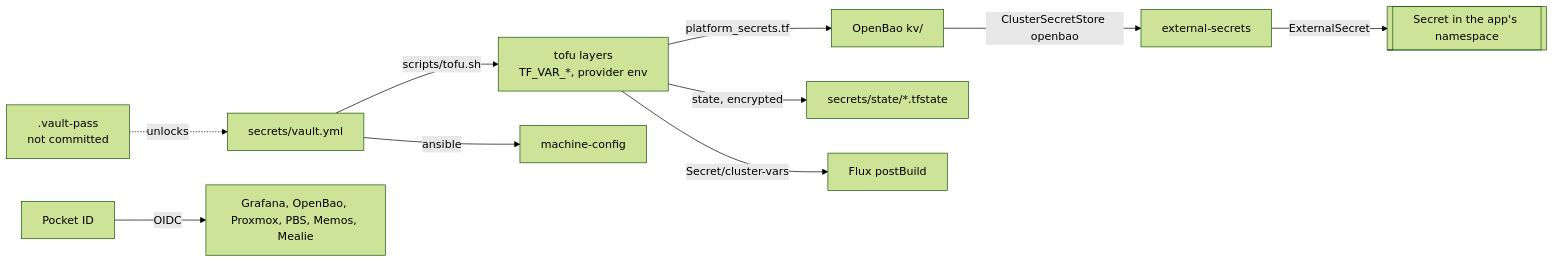
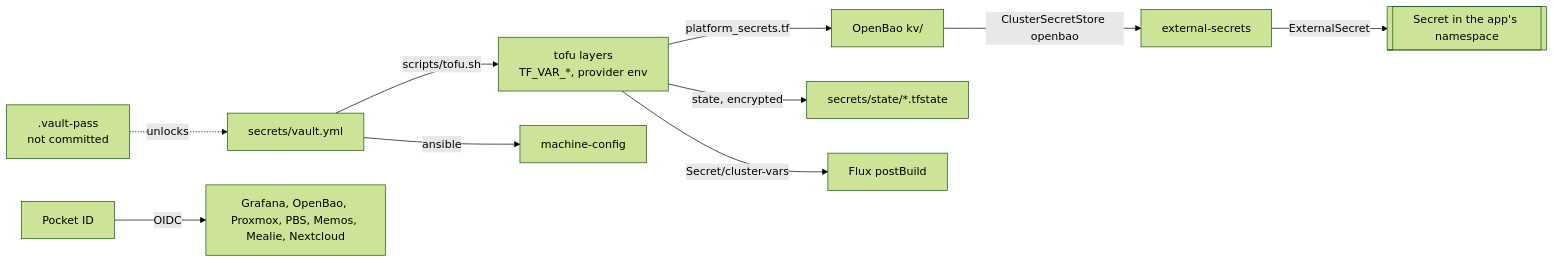
One commit to Sojamann/homelab changed the diagram in docs/src/access.md. Above: the diagram before and after it, drawn with Mermaid (forest theme). The commit also changed other lines of this file and 19 other files, not shown here.

Commit message:
feat(nextcloud): files-only Nextcloud with CNPG postgres and Pocket ID SSO

````diff
--- a/docs/src/access.md
+++ b/docs/src/access.md
@@ -13,12 +13,12 @@
 ```mermaid
 graph LR
   VP[".vault-pass<br/>not committed"] -.->|unlocks| V["secrets/vault.yml"]
   V -->|scripts/tofu.sh| L["tofu layers<br/>TF_VAR_*, provider env"]
   V -->|ansible| MC["machine-config"]
   L -->|platform_secrets.tf| BAO["OpenBao kv/"]
   L -->|state, encrypted| ST["secrets/state/*.tfstate"]
   L -->|Secret/cluster-vars| FLUX["Flux postBuild"]
   BAO -->|ClusterSecretStore openbao| ESO["external-secrets"]
   ESO -->|ExternalSecret| S[["Secret in the app's namespace"]]
-  PID["Pocket ID"] -->|OIDC| PEOPLE["Grafana, OpenBao, Proxmox, PBS, Memos, Mealie"]
+  PID["Pocket ID"] -->|OIDC| PEOPLE["Grafana, OpenBao, Proxmox, PBS, Memos, Mealie, Nextcloud"]
 ```
````
